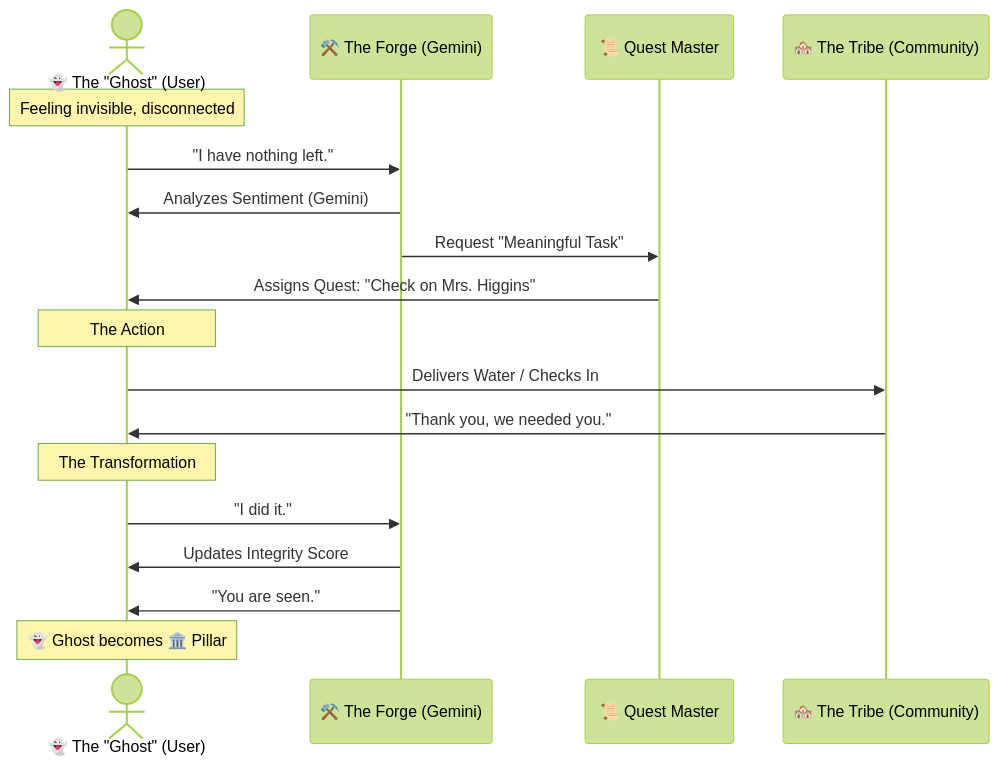
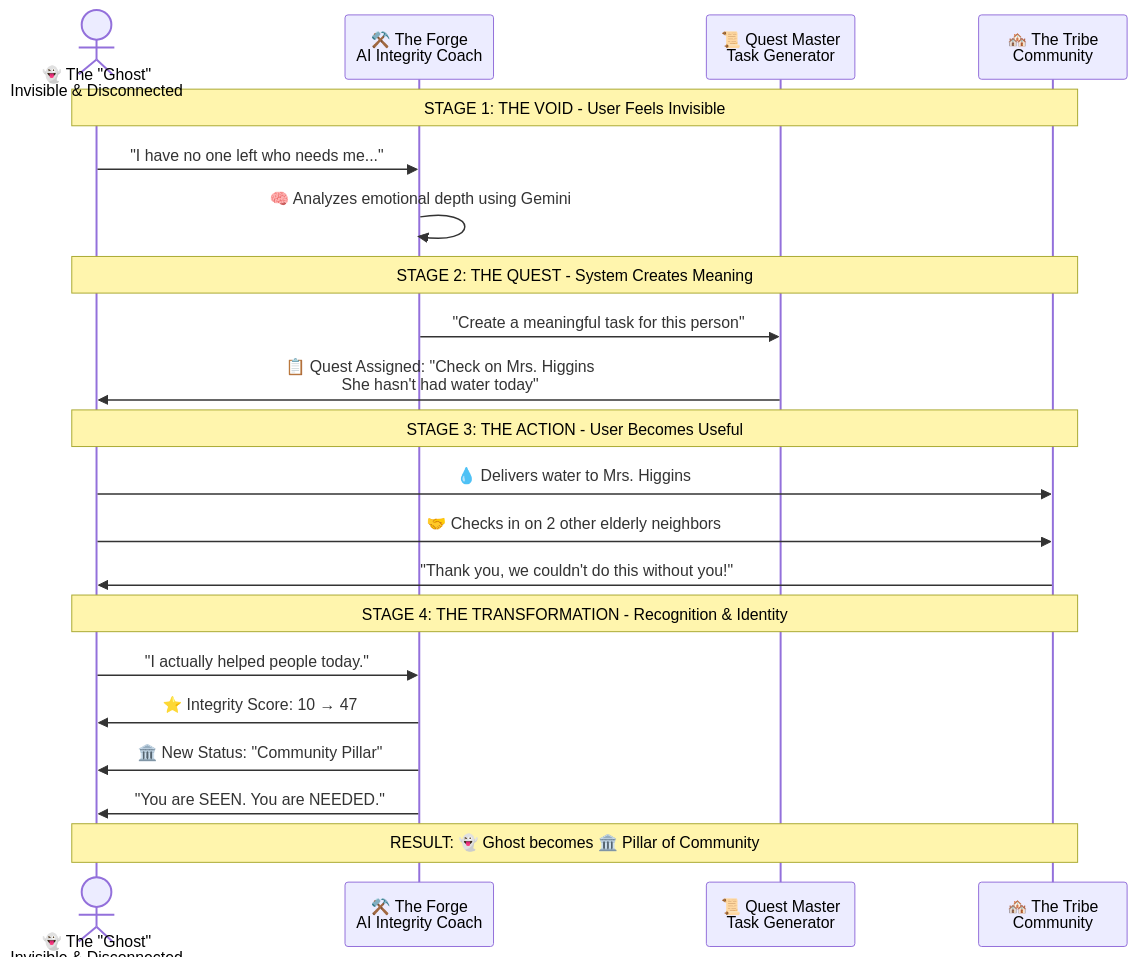
Before and after one commit to Jobeer1/Ubuntu-Patient-Care: the second of 3 diagrams in GOTG_version/RIS-1/SDOH-chat/README.md, drawn with Mermaid. The commit also changed other lines of this file and 1 other file, not shown here.

Commit message:
Enhancement: Make diagrams beautiful and human-readable with colors, emojis, and descriptive text

````diff
--- a/GOTG_version/RIS-1/SDOH-chat/README.md
+++ b/GOTG_version/RIS-1/SDOH-chat/README.md
@@ -146,25 +157,29 @@
 ```mermaid
-%%{init: {'theme': 'forest'}}%%
+%%{init: {'theme': 'default', 'themeVariables': { 'primaryColor': '#9C27B0', 'primaryBorderColor': '#6A1B9A', 'primaryTextColor': '#fff', 'lineColor': '#6A1B9A', 'fontSize': '14px'}}}%%
 sequenceDiagram
-    actor Ghost as 👻 The "Ghost" (User)
-    participant Forge as ⚒️ The Forge (Gemini)
-    participant Quest as 📜 Quest Master
-    participant Tribe as 🏘️ The Tribe (Community)
+    actor Ghost as 👻 The "Ghost"<br/>Invisible & Disconnected
+    participant Forge as ⚒️ The Forge<br/>AI Integrity Coach
+    participant Quest as 📜 Quest Master<br/>Task Generator
+    participant Tribe as 🏘️ The Tribe<br/>Community
 
-    Note over Ghost: Feeling invisible, disconnected
-    Ghost->>Forge: "I have nothing left."
-    Forge->>Ghost: Analyzes Sentiment (Gemini)
-    Forge->>Quest: Request "Meaningful Task"
-    Quest->>Ghost: Assigns Quest: "Check on Mrs. Higgins"
+    Note over Ghost,Tribe: STAGE 1: THE VOID - User Feels Invisible
+    Ghost->>Forge: "I have no one left who needs me..."
+    Forge->>Forge: 🧠 Analyzes emotional depth using Gemini
     
-    Note over Ghost: The Action
-    Ghost->>Tribe: Delivers Water / Checks In
-    Tribe->>Ghost: "Thank you, we needed you."
+    Note over Ghost,Tribe: STAGE 2: THE QUEST - System Creates Meaning
+    Forge->>Quest: "Create a meaningful task for this person"
+    Quest->>Ghost: 📋 Quest Assigned: "Check on Mrs. Higgins<br/>She hasn't had water today"
     
-    Note over Ghost: The Transformation
-    Ghost->>Forge: "I did it."
-    Forge->>Ghost: Updates Integrity Score
-    Forge->>Ghost: "You are seen."
+    Note over Ghost,Tribe: STAGE 3: THE ACTION - User Becomes Useful
+    Ghost->>Tribe: 💧 Delivers water to Mrs. Higgins
+    Ghost->>Tribe: 🤝 Checks in on 2 other elderly neighbors
+    Tribe->>Ghost: "Thank you, we couldn't do this without you!"
     
-    Note over Ghost: 👻 Ghost becomes 🏛️ Pillar
+    Note over Ghost,Tribe: STAGE 4: THE TRANSFORMATION - Recognition & Identity
+    Ghost->>Forge: "I actually helped people today."
+    Forge->>Ghost: ⭐ Integrity Score: 10 → 47
+    Forge->>Ghost: 🏛️ New Status: "Community Pillar"
+    Forge->>Ghost: "You are SEEN. You are NEEDED."
+    
+    Note over Ghost,Tribe: RESULT: 👻 Ghost becomes 🏛️ Pillar of Community
 ```
````
